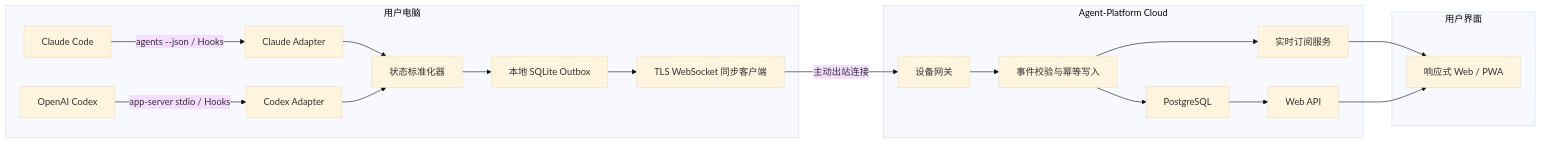
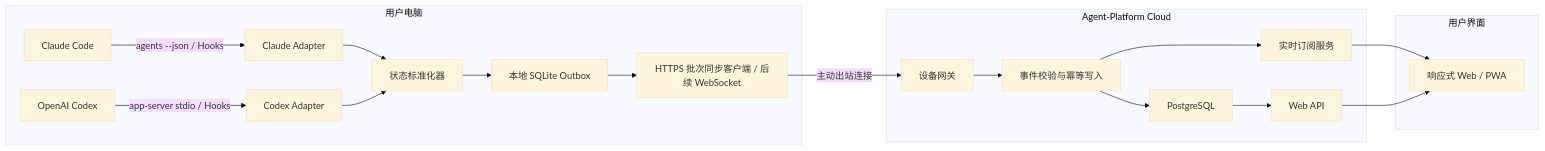
The diagram in docs/ARCHITECTURE.md (xiaoran7/agenthub), drawn with Mermaid (base theme) before and after one commit. The commit also changed other lines of this file and 12 other files, not shown here.

````diff
--- a/docs/ARCHITECTURE.md
+++ b/docs/ARCHITECTURE.md
@@ -23,39 +23,39 @@
 ```mermaid
 flowchart LR
     subgraph Device["用户电脑"]
         Claude["Claude Code"]
         Codex["OpenAI Codex"]
         CA["Claude Adapter"]
         OA["Codex Adapter"]
         N["状态标准化器"]
         DB["本地 SQLite Outbox"]
-        Sync["TLS WebSocket 同步客户端"]
+        Sync["HTTPS 批次同步客户端 / 后续 WebSocket"]
 
         Claude -->|"agents --json / Hooks"| CA
         Codex -->|"app-server stdio / Hooks"| OA
         CA --> N
         OA --> N
         N --> DB
         DB --> Sync
     end
 
     subgraph Cloud["Agent-Platform Cloud"]
         GW["设备网关"]
         Ingest["事件校验与幂等写入"]
         PG["PostgreSQL"]
         RT["实时订阅服务"]
         API["Web API"]
     end
 
     subgraph Client["用户界面"]
         Web["响应式 Web / PWA"]
     end
 
     Sync -->|"主动出站连接"| GW
     GW --> Ingest
     Ingest --> PG
     Ingest --> RT
     PG --> API
     RT --> Web
     API --> Web
 ```
````
